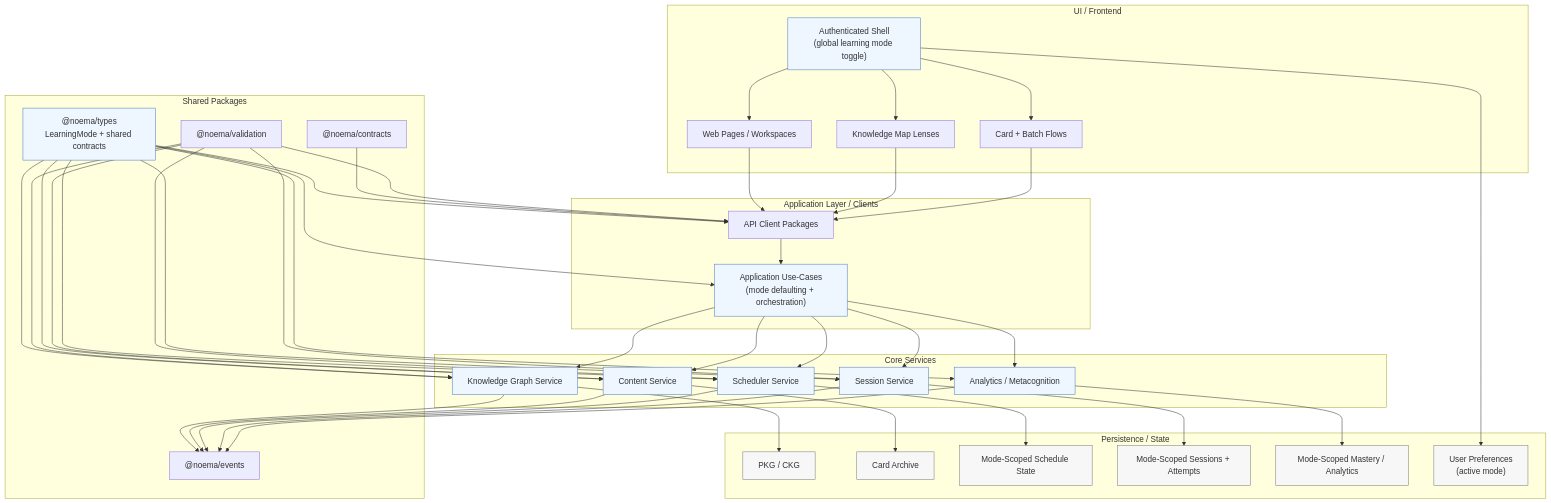
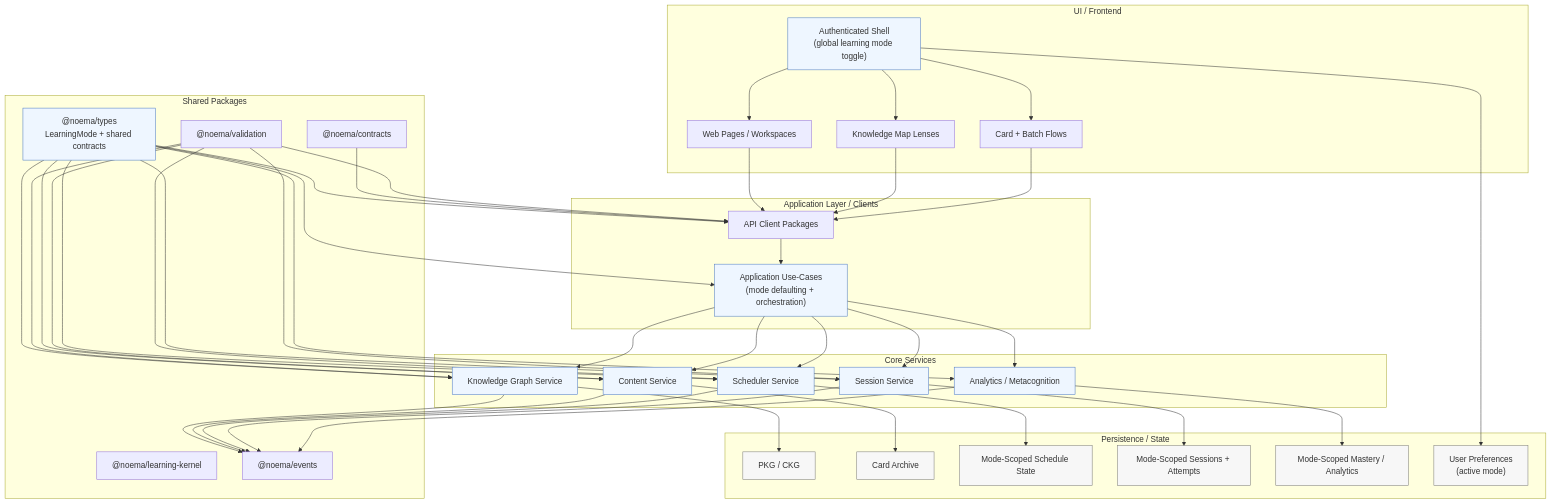
One commit to AnrPg/noema changed the third of 5 diagrams in module-graph.md. Above: the diagram before and after it, drawn with Mermaid. The commit also changed other lines of this file and 86 other files, not shown here.

First line of the commit message:
docs(architecture): capture the closed-loop and agent design

```diff
--- a/module-graph.md
+++ b/module-graph.md
@@ -176,6 +177,7 @@
   end
 
   subgraph Shared["Shared Packages"]
+    Kernel["@noema/learning-kernel"]
     Types["@noema/types\nLearningMode + shared contracts"]
     Contracts["@noema/contracts"]
     Validation["@noema/validation"]
```
